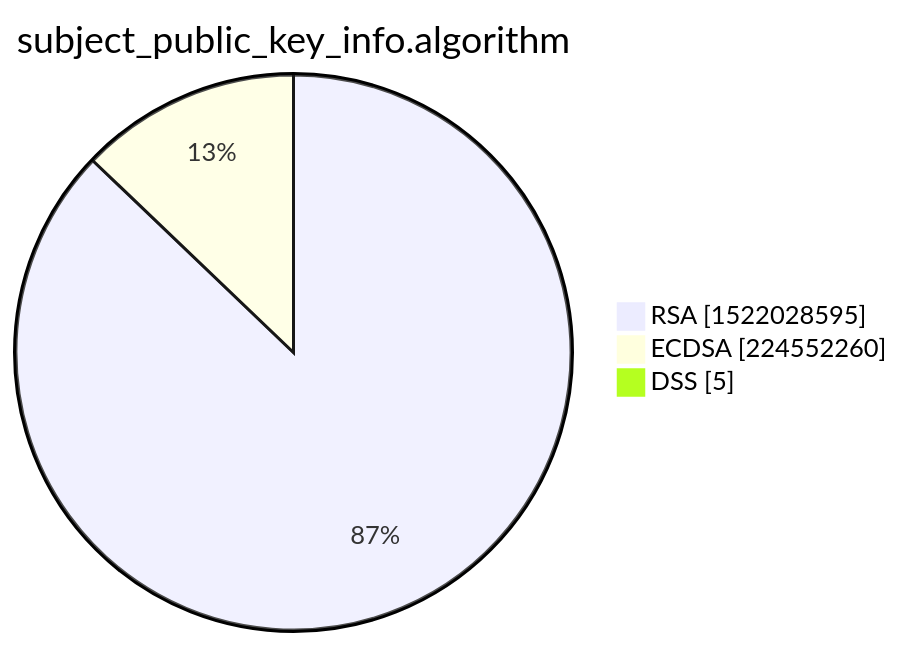
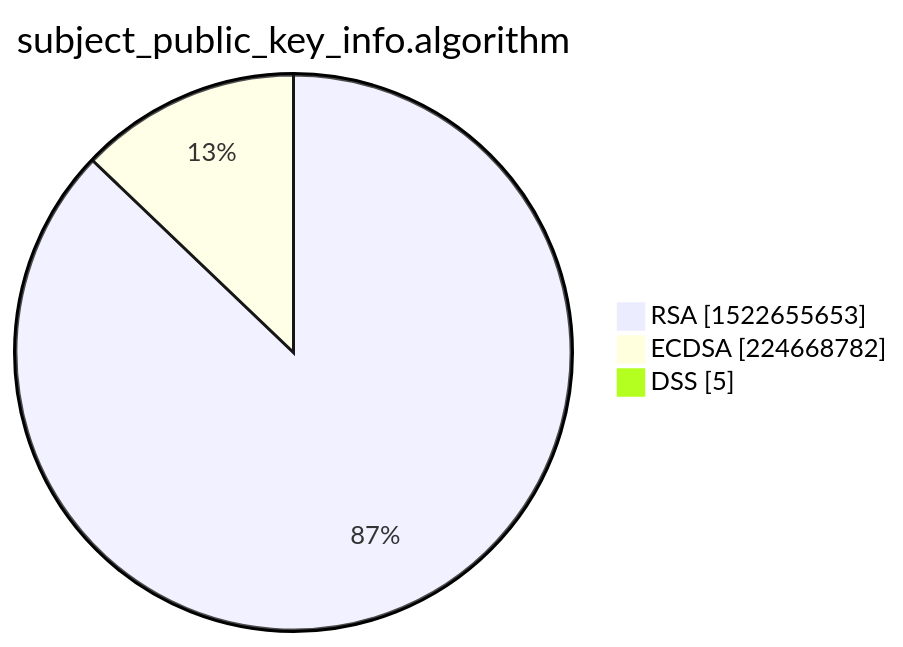
The third of 15 diagrams in xenon2022/README.md (christiankrug/ctmonitor_visualization), drawn with Mermaid before and after one commit. The commit also changed other lines of this file, not shown here.

````diff
--- a/xenon2022/README.md
+++ b/xenon2022/README.md
@@ -14,7 +14,7 @@
 ```mermaid
 pie showData
 title subject_public_key_info.algorithm
-"RSA" :1522028595
-"ECDSA" :224552260
+"RSA" :1522655653
+"ECDSA" :224668782
 "DSS" :5
 ```
````
